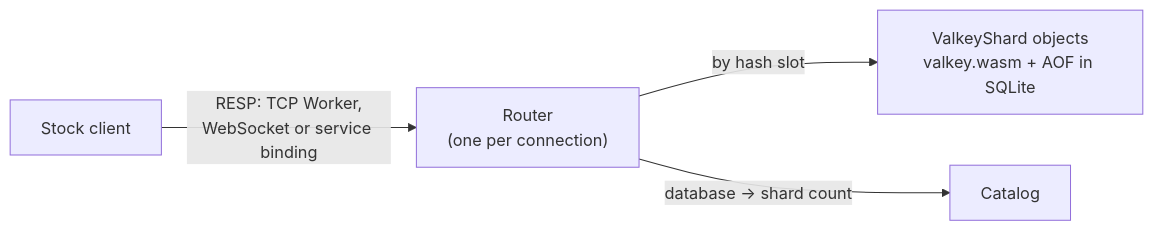
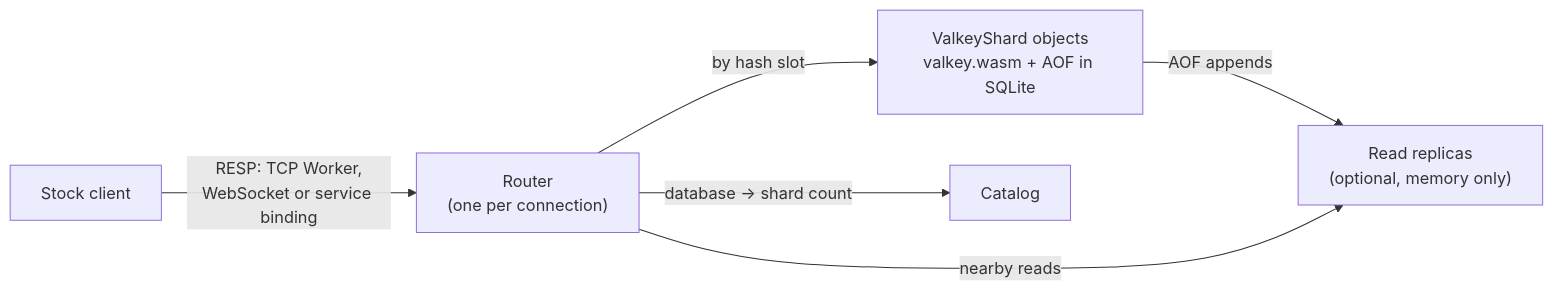
Before and after one commit to vaishnav-mk/vado: the diagram in README.md, drawn with Mermaid. The commit also changed other lines of this file, not shown here.

````diff
--- a/README.md
+++ b/README.md
@@ -11,6 +19,8 @@
 ```mermaid
 flowchart LR
   client["Stock client"] -- "RESP: TCP Worker,<br/>WebSocket or service binding" --> router["Router<br/>(one per connection)"]
   router -- "by hash slot" --> shards["ValkeyShard objects<br/>valkey.wasm + AOF in SQLite"]
+  shards -- "AOF appends" --> replicas["Read replicas<br/>(optional, memory only)"]
+  router -- "nearby reads" --> replicas
   router -- "database → shard count" --> catalog["Catalog"]
 ```
````
